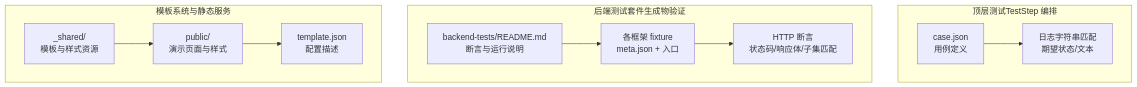
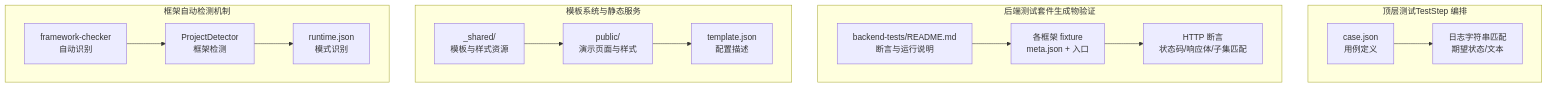
Before and after one commit to esa-sp/test-for-aone-ci: the second of 9 diagrams in .qoder/repowiki/zh/content/后端框架测试/后端框架测试.md, drawn with Mermaid. The commit also changed other lines of this file and 15 other files, not shown here.

````diff
--- a/.qoder/repowiki/zh/content/后端框架测试/后端框架测试.md
+++ b/.qoder/repowiki/zh/content/后端框架测试/后端框架测试.md
@@ -113,20 +121,26 @@
 ```mermaid
 graph TB
 subgraph "顶层测试TestStep 编排"
 T1["case.json<br/>用例定义"]
 T2["日志字符串匹配<br/>期望状态/文本"]
 end
 subgraph "后端测试套件生成物验证"
 B1["backend-tests/README.md<br/>断言与运行说明"]
 B2["各框架 fixture<br/>meta.json + 入口"]
 B3["HTTP 断言<br/>状态码/响应体/子集匹配"]
 end
 subgraph "模板系统与静态服务"
 S1["_shared/<br/>模板与样式资源"]
 S2["public/<br/>演示页面与样式"]
 S3["template.json<br/>配置描述"]
 end
+subgraph "框架自动检测机制"
+F1["framework-checker<br/>自动识别"]
+F2["ProjectDetector<br/>框架检测"]
+F3["runtime.json<br/>模式识别"]
+end
 T1 --> T2
 B1 --> B2 --> B3
 S1 --> S2 --> S3
+F1 --> F2 --> F3
 ```
````
